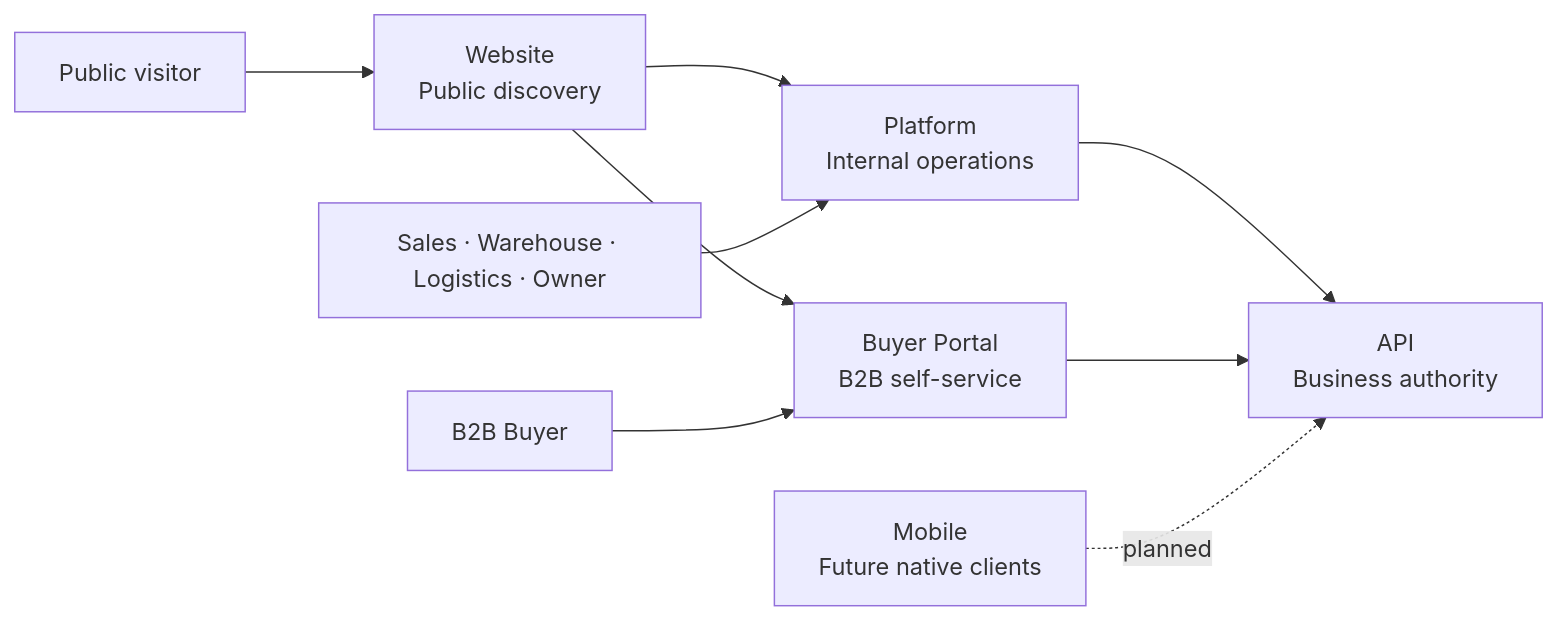
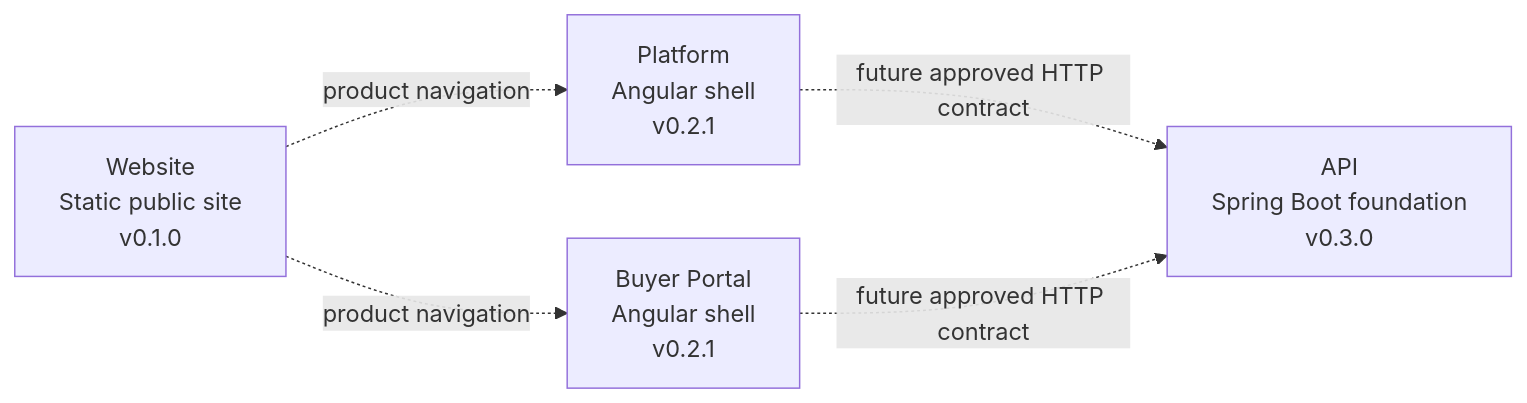
One commit to nexa-suite/api changed the diagram in README.md. Above: the diagram before and after it, drawn with Mermaid. The commit also changed other lines of this file and 61 other files, not shown here.

Commit message:
feat(catalog): implement query contract and secure API boundary

````diff
--- a/README.md
+++ b/README.md
@@ -31,11 +31,12 @@
 ```mermaid
 flowchart LR
-    Visitor["Public visitor"] --> Website["Website<br/>Public discovery"]
-    Website --> Platform["Platform<br/>Internal operations"]
-    Website --> Portal["Buyer Portal<br/>B2B self-service"]
-    InternalUsers["Sales · Warehouse · Logistics · Owner"] --> Platform
-    Buyer["B2B Buyer"] --> Portal
-    Platform --> API["API<br/>Business authority"]
-    Portal --> API
-    Mobile["Mobile<br/>Future native clients"] -. planned .-> API
+    Website["Website<br/>Static public site<br/>v0.1.0"]
+    Platform["Platform<br/>Angular shell<br/>v0.2.1"]
+    Portal["Buyer Portal<br/>Angular shell<br/>v0.2.1"]
+    API["API<br/>Spring Boot foundation<br/>v0.3.0"]
+
+    Website -. "product navigation" .-> Platform
+    Website -. "product navigation" .-> Portal
+    Platform -. "future approved HTTP contract" .-> API
+    Portal -. "future approved HTTP contract" .-> API
 ```
````
